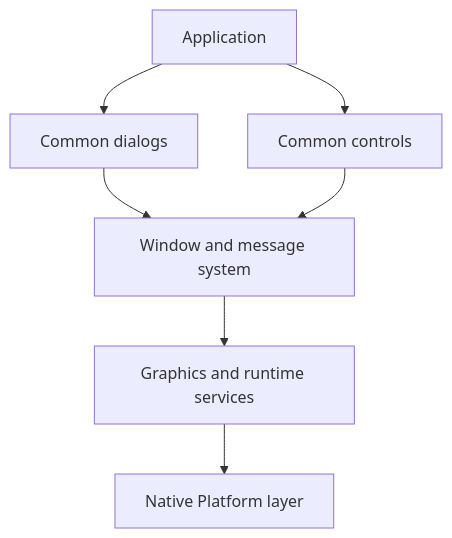
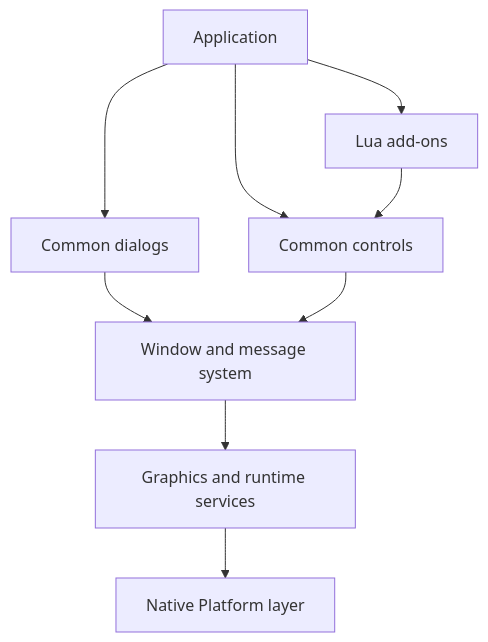
The diagram in ARCHITECTURE.md (corepunch/orion-ui), drawn with Mermaid before and after one commit. The commit also changed other lines of this file and 14 other files, not shown here.

````diff
--- a/ARCHITECTURE.md
+++ b/ARCHITECTURE.md
@@ -29,9 +30,11 @@
 ```mermaid
 flowchart TD
   App[Application] --> Dialogs[Common dialogs]
   App --> Controls[Common controls]
+  App --> Script[Lua add-ons]
+  Script --> Controls
   Dialogs --> User[Window and message system]
   Controls --> User
   User --> Kernel[Graphics and runtime services]
   Kernel --> Platform[Native Platform layer]
 ```
````
